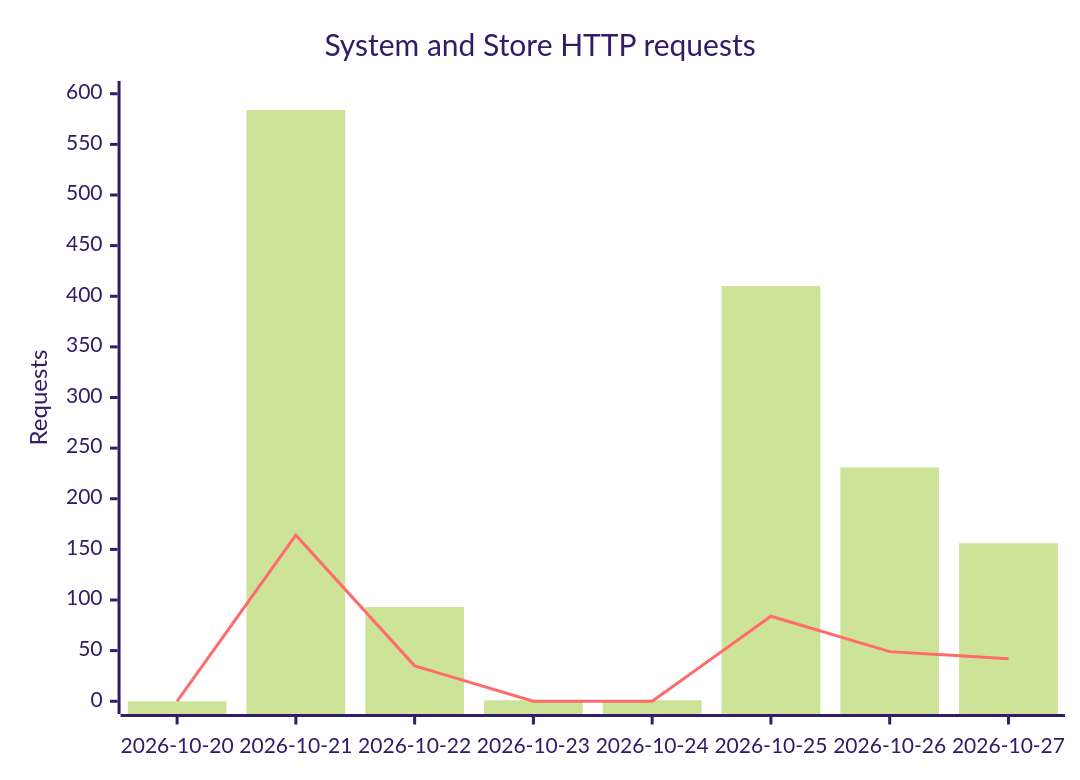
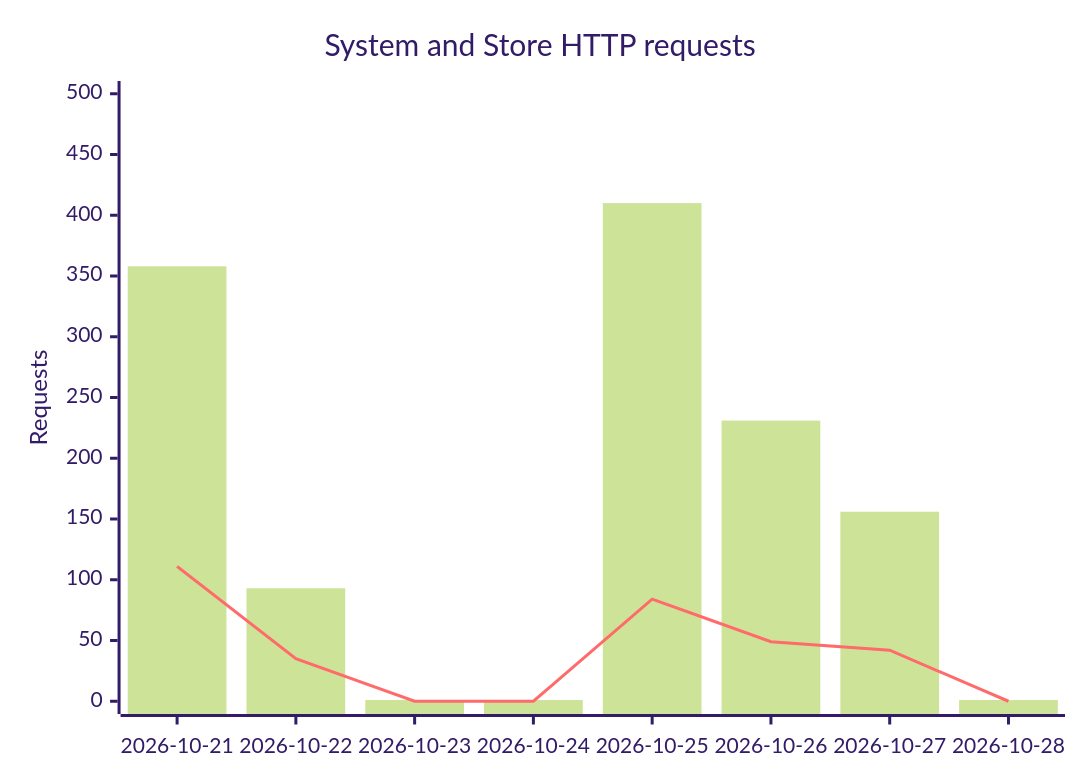
One commit to GeorgePlattDemo/3d-solutions-program changed the diagram in APPLICATION-ACTIVITY.md. Above: the diagram before and after it, drawn with Mermaid (forest theme). The commit also changed other lines of this file and 2 other files, not shown here.

````diff
--- a/APPLICATION-ACTIVITY.md
+++ b/APPLICATION-ACTIVITY.md
@@ -9,8 +9,8 @@
 ```mermaid
 xychart-beta
     title "System and Store HTTP requests"
-    x-axis ["2026-10-20","2026-10-21","2026-10-22","2026-10-23","2026-10-24","2026-10-25","2026-10-26","2026-10-27"]
-    y-axis "Requests" 0 --> 600
-    bar [0,584,93,1,1,410,231,156]
-    line [0,164,35,0,0,84,49,42]
+    x-axis ["2026-10-21","2026-10-22","2026-10-23","2026-10-24","2026-10-25","2026-10-26","2026-10-27","2026-10-28"]
+    y-axis "Requests" 0 --> 500
+    bar [358,93,1,1,410,231,156,1]
+    line [111,35,0,0,84,49,42,0]
 ```
````
